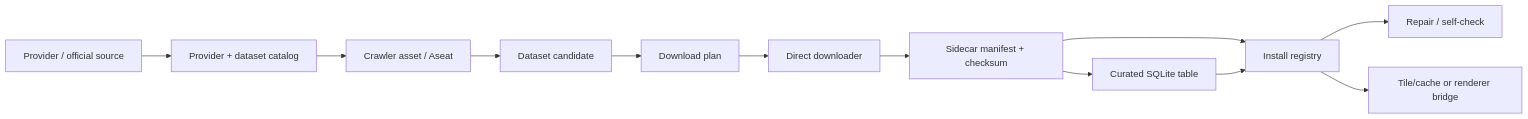
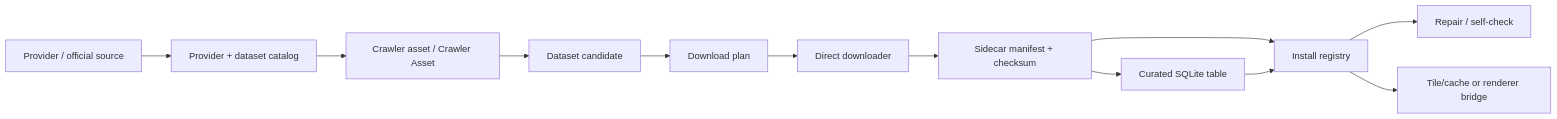
The first of 3 diagrams in docs/ARCHITECTURE.md (YanAnnLu/APIkeys_collection), drawn with Mermaid before and after one commit. The commit also changed other lines of this file and 22 other files, not shown here.

````diff
--- a/docs/ARCHITECTURE.md
+++ b/docs/ARCHITECTURE.md
@@ -23,26 +23,26 @@
 ```mermaid
 flowchart LR
     Provider[Provider / official source]
     Catalog[Provider + dataset catalog]
-    CrawlerAsset[Crawler asset / Aseat]
+    CrawlerAsset[Crawler asset / Crawler Asset]
     Candidate[Dataset candidate]
     Plan[Download plan]
     Download[Direct downloader]
     Manifest[Sidecar manifest + checksum]
     Registry[Install registry]
     Curated[Curated SQLite table]
     Repair[Repair / self-check]
     Renderer[Tile/cache or renderer bridge]
 
     Provider --> Catalog
     Catalog --> CrawlerAsset
     CrawlerAsset --> Candidate
     Candidate --> Plan
     Plan --> Download
     Download --> Manifest
     Manifest --> Registry
     Manifest --> Curated
     Curated --> Registry
     Registry --> Repair
     Registry --> Renderer
 ```
````
